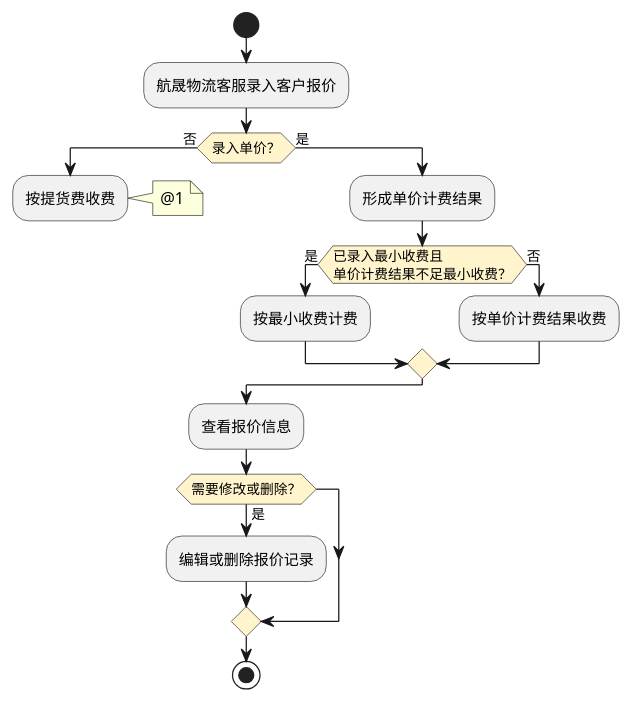
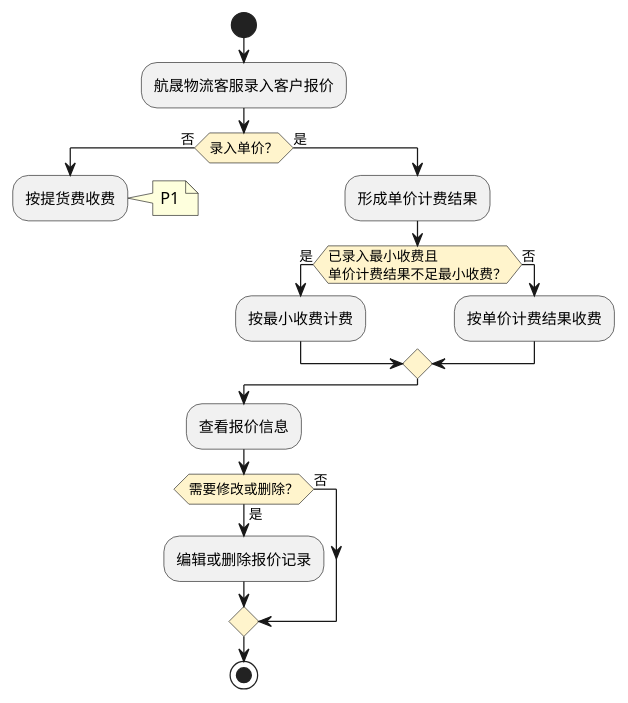
The second of 2 diagrams in product-caliber/goldjet/segmented-prd/PRD.高捷物流系统一期.第005篇.合作方报价-报价管理.92B1FD526A.md (jack888332/projects-doc), drawn with PlantUML before and after one commit. The commit also changed other lines of this file and 18 other files, not shown here.

Commit message:
优化DSL图细节

````diff
--- a/product-caliber/goldjet/segmented-prd/PRD.高捷物流系统一期.第005篇.合作方报价-报价管理.92B1FD526A.md
+++ b/product-caliber/goldjet/segmented-prd/PRD.高捷物流系统一期.第005篇.合作方报价-报价管理.92B1FD526A.md
@@ -380,24 +381,25 @@
 ```plantuml
 @startuml goldjet-005-customer-quote-charging
 skinparam activityDiamondBackgroundColor #FFF4CC
 start
 :航晟物流客服录入客户报价;
 if (录入单价？) then (否)
   :按提货费收费;
-  note right: @1
+  note right: P1
   detach
 else (是)
   :形成单价计费结果;
   if (已录入最小收费且\n单价计费结果不足最小收费？) then (是)
     :按最小收费计费;
   else (否)
     :按单价计费结果收费;
   endif
 endif
 :查看报价信息;
 if (需要修改或删除？) then (是)
   :编辑或删除报价记录;
+else (否)
 endif
 stop
 @enduml
 ```
````
